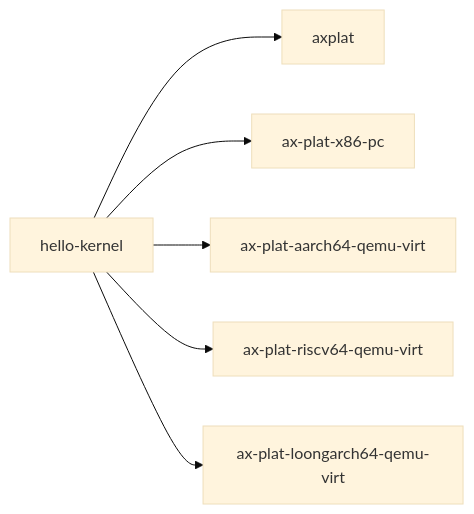
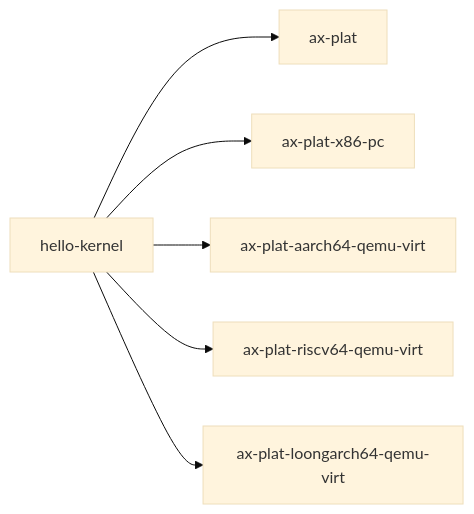
Before and after one commit to zKurisu/tgoskits: the second of 2 diagrams in docs/crates/hello-kernel.md, drawn with Mermaid (base theme). The commit also changed other lines of this file and 199 other files, not shown here.

Commit message:
rename axplat to ax-plat

````diff
--- a/docs/crates/hello-kernel.md
+++ b/docs/crates/hello-kernel.md
@@ -78,8 +78,8 @@
 ```mermaid
 graph LR
-    sample["hello-kernel"] --> axplat["axplat"]
+    sample["hello-kernel"] --> axplat["ax-plat"]
     sample --> x86["ax-plat-x86-pc"]
     sample --> a64["ax-plat-aarch64-qemu-virt"]
     sample --> rv["ax-plat-riscv64-qemu-virt"]
     sample --> loong["ax-plat-loongarch64-qemu-virt"]
 ```
````
